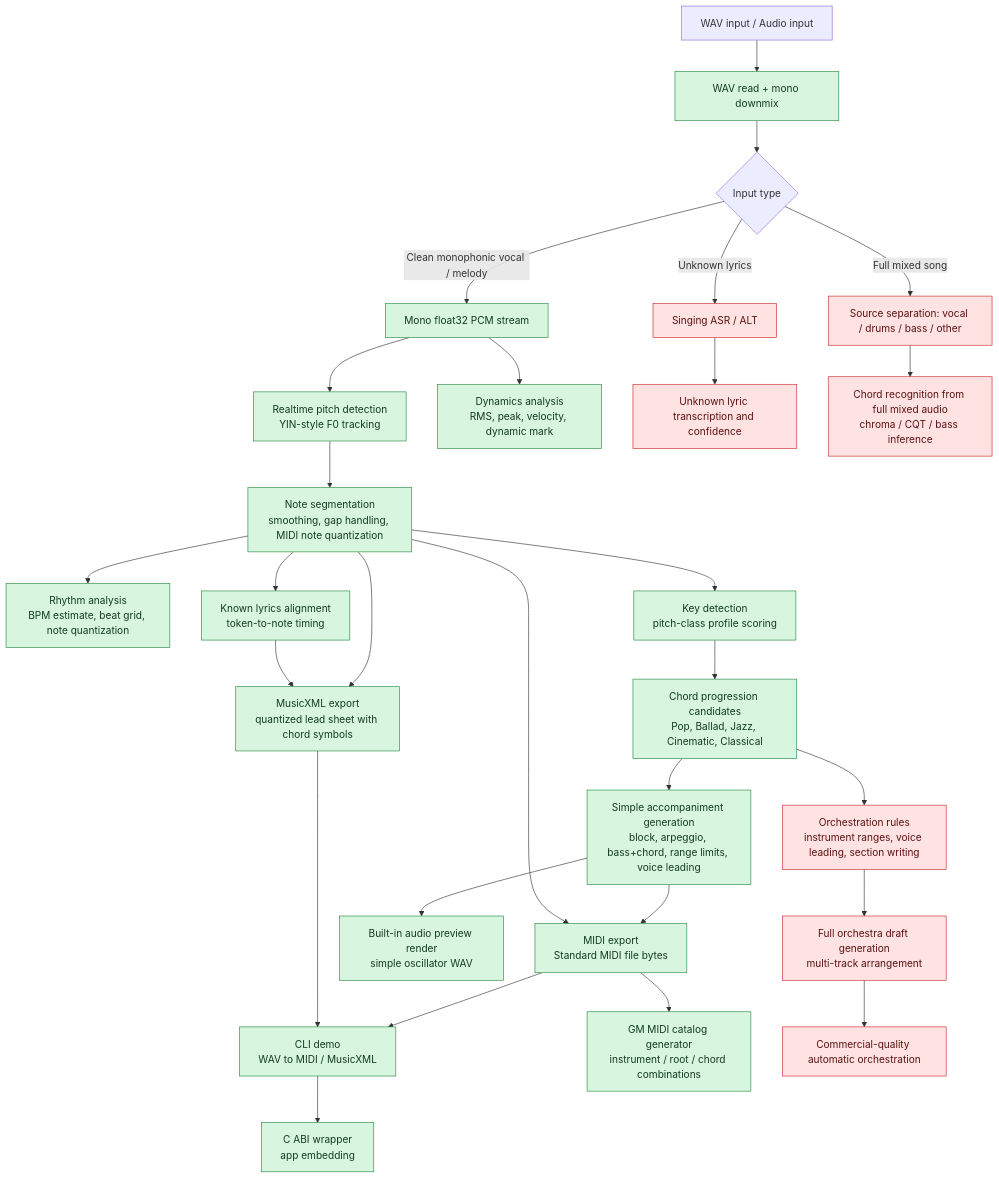
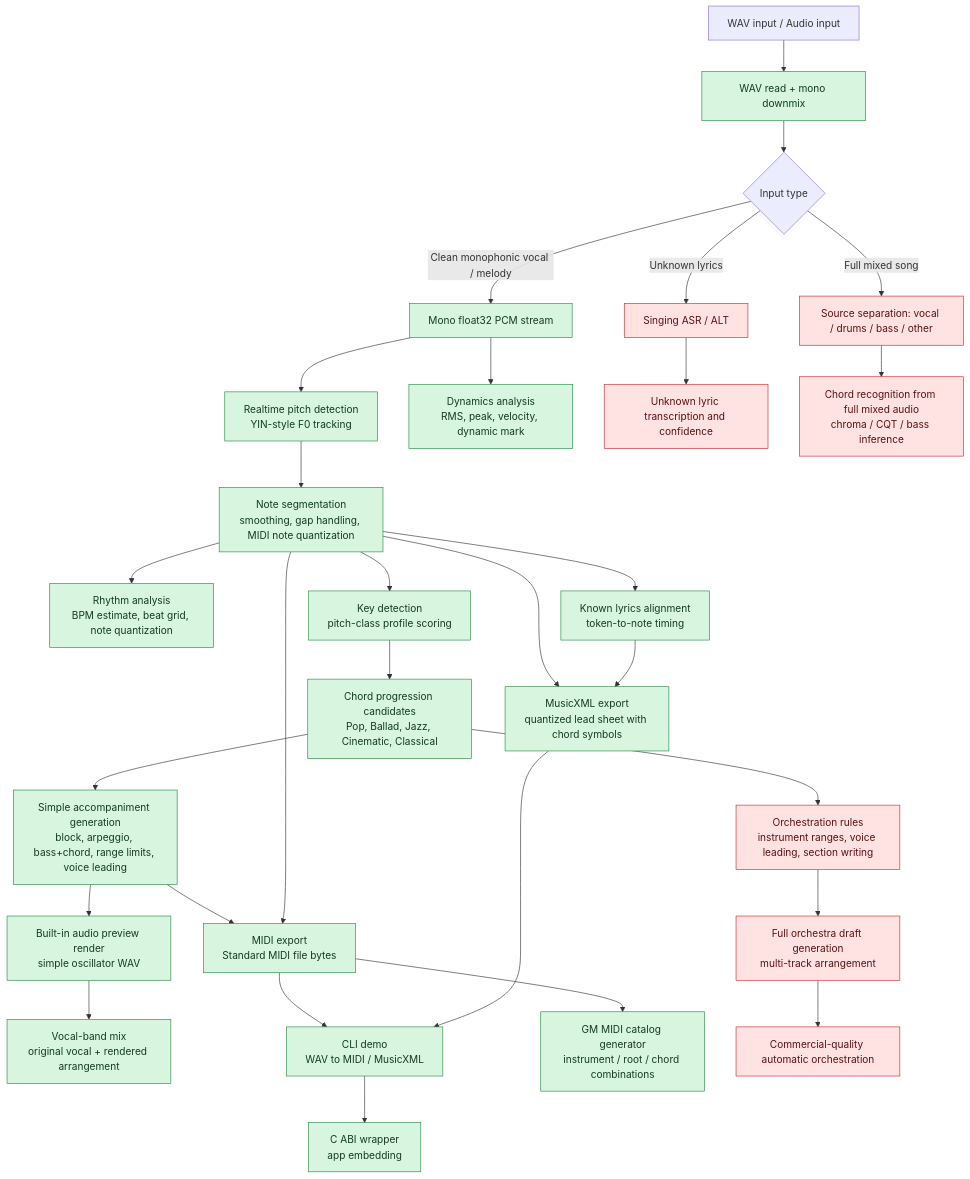
One commit to changweilin/music_elf changed the diagram in docs/algorithm_flow_status.md. Above: the diagram before and after it, drawn with Mermaid. The commit also changed other lines of this file and 150 other files, not shown here.

````diff
--- a/docs/algorithm_flow_status.md
+++ b/docs/algorithm_flow_status.md
@@ -9,43 +9,44 @@
 ```mermaid
 flowchart TD
     A["WAV input / Audio input"] --> A1["WAV read + mono downmix"]
     A1 --> B{"Input type"}
 
     B -->|Clean monophonic vocal / melody| C["Mono float32 PCM stream"]
     B -->|Full mixed song| U1["Source separation: vocal / drums / bass / other"]
     B -->|Unknown lyrics| U2["Singing ASR / ALT"]
 
     C --> D["Realtime pitch detection<br/>YIN-style F0 tracking"]
     D --> E["Note segmentation<br/>smoothing, gap handling, MIDI note quantization"]
     E --> F["Rhythm analysis<br/>BPM estimate, beat grid, note quantization"]
     C --> G["Dynamics analysis<br/>RMS, peak, velocity, dynamic mark"]
 
     E --> H["Known lyrics alignment<br/>token-to-note timing"]
     U2 --> H2["Unknown lyric transcription and confidence"]
 
     E --> I["Key detection<br/>pitch-class profile scoring"]
     I --> J["Chord progression candidates<br/>Pop, Ballad, Jazz, Cinematic, Classical"]
     U1 --> U3["Chord recognition from full mixed audio<br/>chroma / CQT / bass inference"]
 
     J --> K["Simple accompaniment generation<br/>block, arpeggio, bass+chord, range limits, voice leading"]
     K --> L["MIDI export<br/>Standard MIDI file bytes"]
     K --> X4["Built-in audio preview render<br/>simple oscillator WAV"]
+    X4 --> X5["Vocal-band mix<br/>original vocal + rendered arrangement"]
     E --> L
     E --> M["MusicXML export<br/>quantized lead sheet with chord symbols"]
     H --> M
     L --> X1["CLI demo<br/>WAV to MIDI / MusicXML"]
     M --> X1
     X1 --> X2["C ABI wrapper<br/>app embedding"]
     L --> X3["GM MIDI catalog generator<br/>instrument / root / chord combinations"]
 
     J --> P1["Orchestration rules<br/>instrument ranges, voice leading, section writing"]
     P1 --> U4["Full orchestra draft generation<br/>multi-track arrangement"]
     U4 --> U5["Commercial-quality automatic orchestration"]
 
     classDef done fill:#d8f5df,stroke:#278a43,color:#123b20;
     classDef partial fill:#fff3bf,stroke:#b08900,color:#4a3b00;
     classDef todo fill:#ffe3e3,stroke:#c92a2a,color:#5c1010;
 
-    class A1,C,D,E,F,G,H,I,J,K,L,M,X1,X2,X3,X4 done;
+    class A1,C,D,E,F,G,H,I,J,K,L,M,X1,X2,X3,X4,X5 done;
     class U1,U2,H2,U3,P1,U4,U5 todo;
 ```
````
